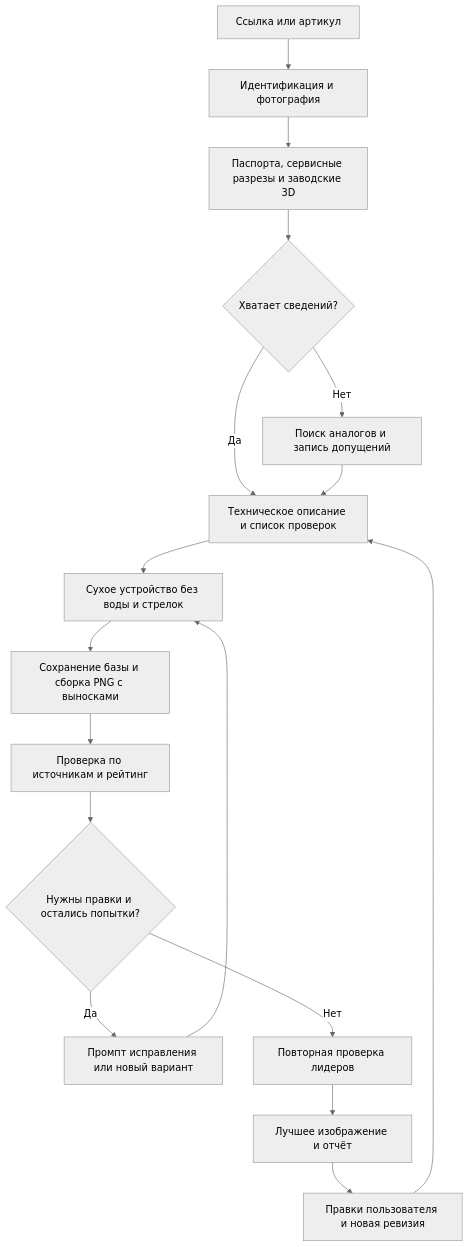
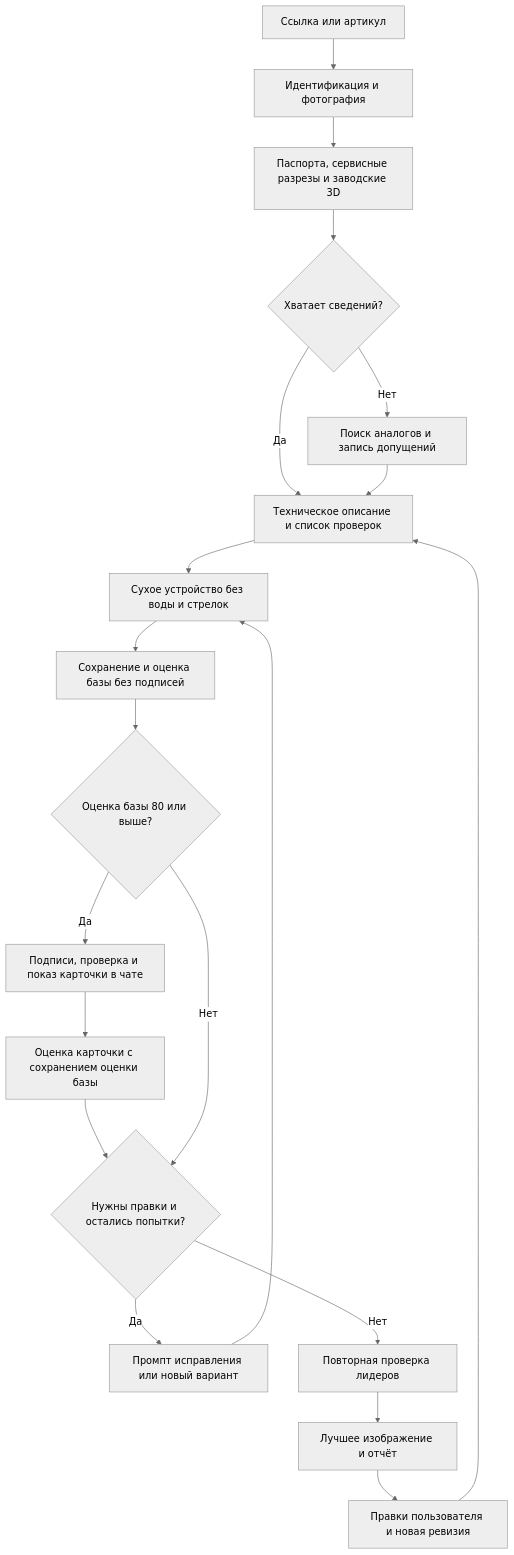
Before and after one commit to C555HC/plumbing-detailing-: the diagram in README.md, drawn with Mermaid (neutral theme). The commit also changed other lines of this file and 12 other files, not shown here.

````diff
--- a/README.md
+++ b/README.md
@@ -34,19 +35,22 @@
 ```mermaid
 flowchart TD
     A[Ссылка или артикул] --> B[Идентификация и фотография]
     B --> C[Паспорта, сервисные разрезы и заводские 3D]
     C --> D{Хватает сведений?}
     D -->|Нет| E[Поиск аналогов и запись допущений]
     D -->|Да| F[Техническое описание и список проверок]
     E --> F
     F --> G[Сухое устройство без воды и стрелок]
-    G --> N[Сохранение базы и сборка PNG с выносками]
-    N --> H[Проверка по источникам и рейтинг]
-    H --> I{Нужны правки и остались попытки?}
+    G --> H[Сохранение и оценка базы без подписей]
+    H --> T{Оценка базы 80 или выше?}
+    T -->|Да| N[Подписи, проверка и показ карточки в чате]
+    N --> P[Оценка карточки с сохранением оценки базы]
+    P --> I{Нужны правки и остались попытки?}
+    T -->|Нет| I
     I -->|Да| J[Промпт исправления или новый вариант]
     J --> G
     I -->|Нет| K[Повторная проверка лидеров]
     K --> L[Лучшее изображение и отчёт]
     L --> M[Правки пользователя и новая ревизия]
     M --> F
 ```
````
